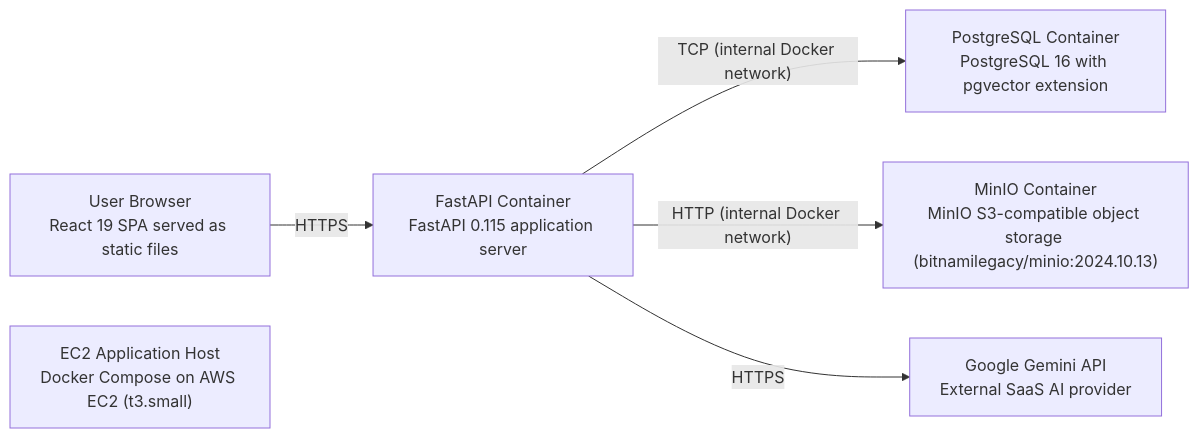
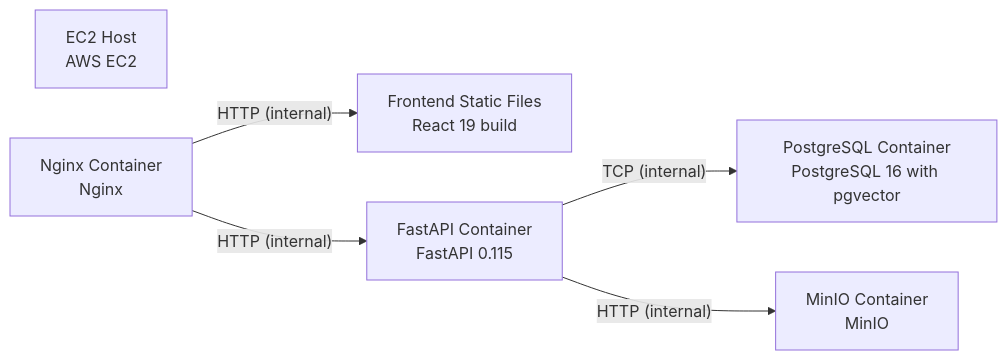
The diagram in docs/sdlc/deployment/deployment-guide.md (keshava-qourq/simple-rag-chatbot-without-login), drawn with Mermaid before and after one commit. The commit also changed other lines of this file and 11 other files, not shown here.

````diff
--- a/docs/sdlc/deployment/deployment-guide.md
+++ b/docs/sdlc/deployment/deployment-guide.md
@@ -25,13 +25,13 @@
 ```mermaid
 graph LR
-  n_User_Browser["User Browser<br/>React 19 SPA served as static files"]
-  n_EC2_Application_Host["EC2 Application Host<br/>Docker Compose on AWS EC2 (t3.small)"]
-  n_FastAPI_Container["FastAPI Container<br/>FastAPI 0.115 application server"]
-  n_PostgreSQL_Container["PostgreSQL Container<br/>PostgreSQL 16 with pgvector extension"]
-  n_MinIO_Container["MinIO Container<br/>MinIO S3-compatible object storage (bitnamilegacy/minio:2024.10.13)"]
-  n_Google_Gemini_API["Google Gemini API<br/>External SaaS AI provider"]
-  n_User_Browser -->|"HTTPS"| n_FastAPI_Container
-  n_FastAPI_Container -->|"TCP (internal Docker network)"| n_PostgreSQL_Container
-  n_FastAPI_Container -->|"HTTP (internal Docker network)"| n_MinIO_Container
-  n_FastAPI_Container -->|"HTTPS"| n_Google_Gemini_API
+  n_EC2_Host["EC2 Host<br/>AWS EC2"]
+  n_Nginx_Container["Nginx Container<br/>Nginx"]
+  n_Frontend_Static_Files["Frontend Static Files<br/>React 19 build"]
+  n_FastAPI_Container["FastAPI Container<br/>FastAPI 0.115"]
+  n_PostgreSQL_Container["PostgreSQL Container<br/>PostgreSQL 16 with pgvector"]
+  n_MinIO_Container["MinIO Container<br/>MinIO"]
+  n_Nginx_Container -->|"HTTP (internal)"| n_FastAPI_Container
+  n_Nginx_Container -->|"HTTP (internal)"| n_Frontend_Static_Files
+  n_FastAPI_Container -->|"TCP (internal)"| n_PostgreSQL_Container
+  n_FastAPI_Container -->|"HTTP (internal)"| n_MinIO_Container
 ```
````
